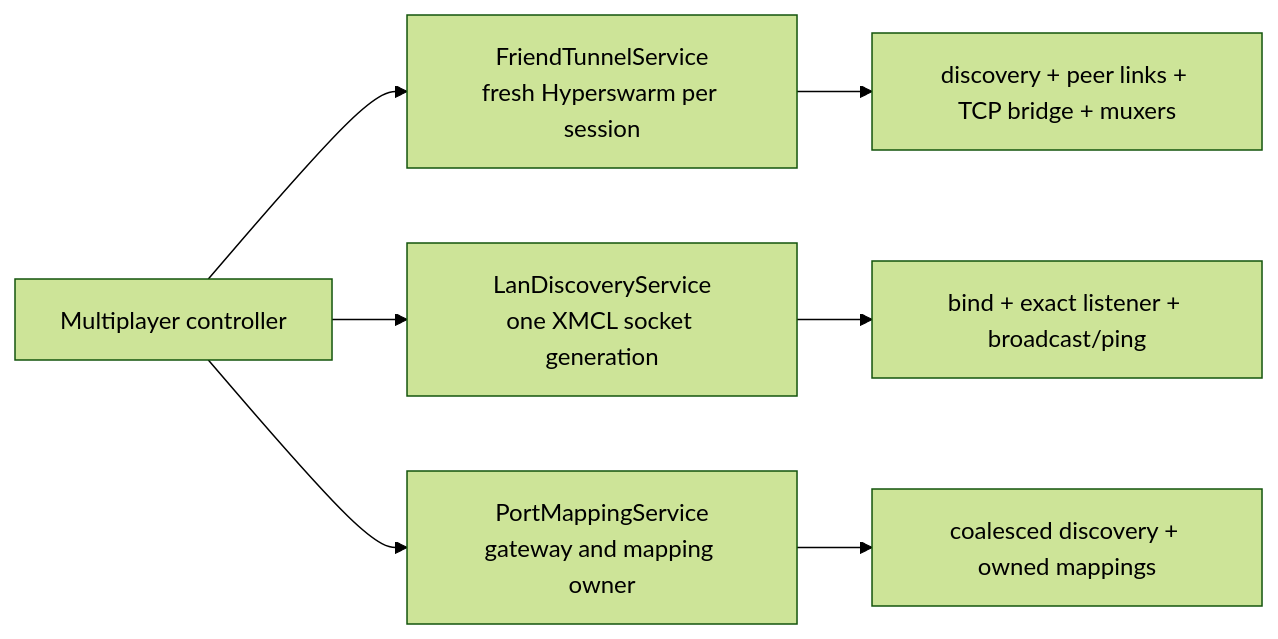
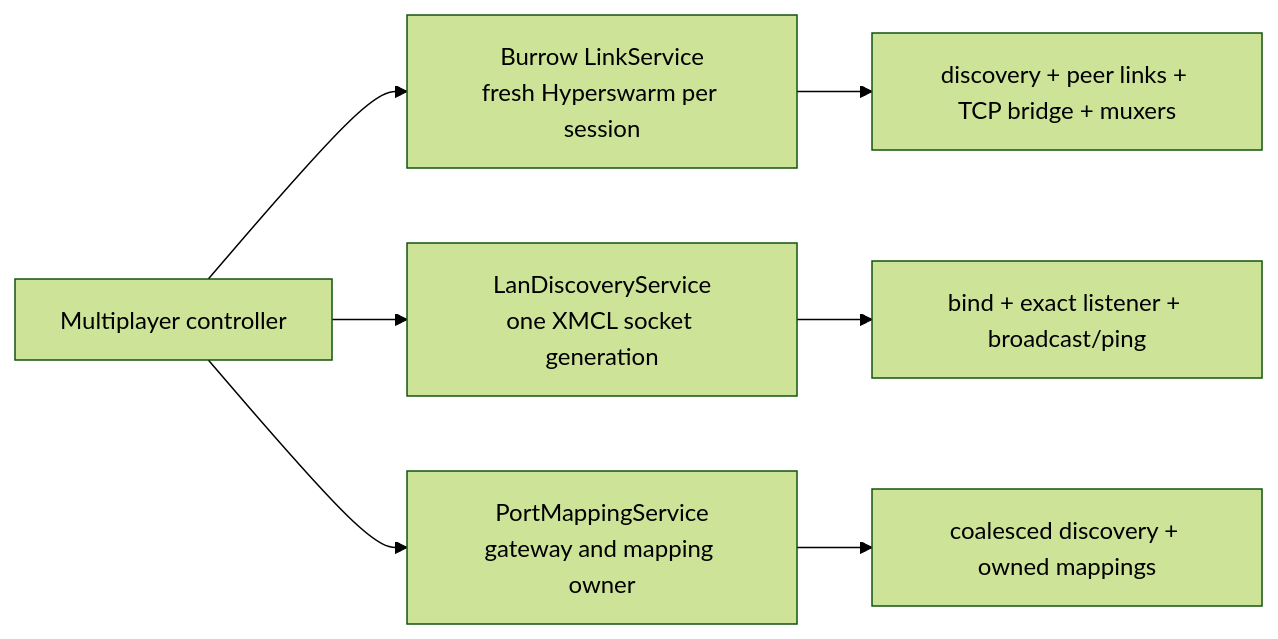
The third of 3 diagrams in docs/en/architecture.md (malyarq/fmcl), drawn with Mermaid (forest theme) before and after one commit. The commit also changed other lines of this file and 268 other files, not shown here.

Commit message:
rebuild FriendLauncher as Burrow

````diff
--- a/docs/en/architecture.md
+++ b/docs/en/architecture.md
@@ -126,9 +126,9 @@
 ```mermaid
 flowchart LR
-  UI["Multiplayer controller"] --> T["FriendTunnelService\nfresh Hyperswarm per session"]
+  UI["Multiplayer controller"] --> T["Burrow LinkService\nfresh Hyperswarm per session"]
   UI --> L["LanDiscoveryService\none XMCL socket generation"]
   UI --> U["PortMappingService\ngateway and mapping owner"]
   T --> TS["discovery + peer links + TCP bridge + muxers"]
   L --> LS["bind + exact listener + broadcast/ping"]
   U --> US["coalesced discovery + owned mappings"]
 ```
````
